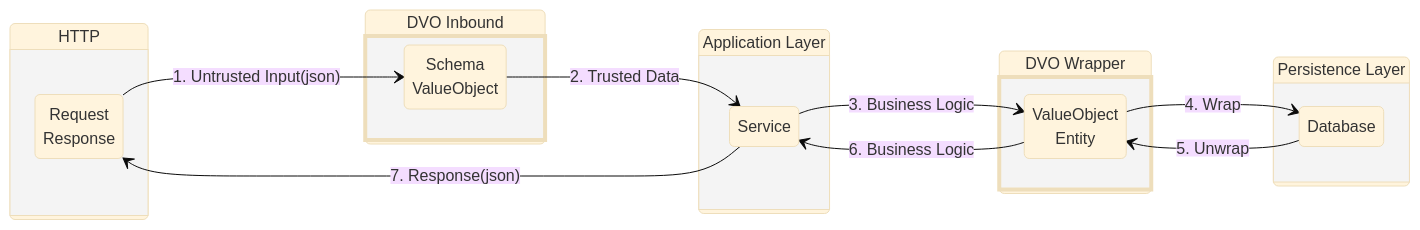
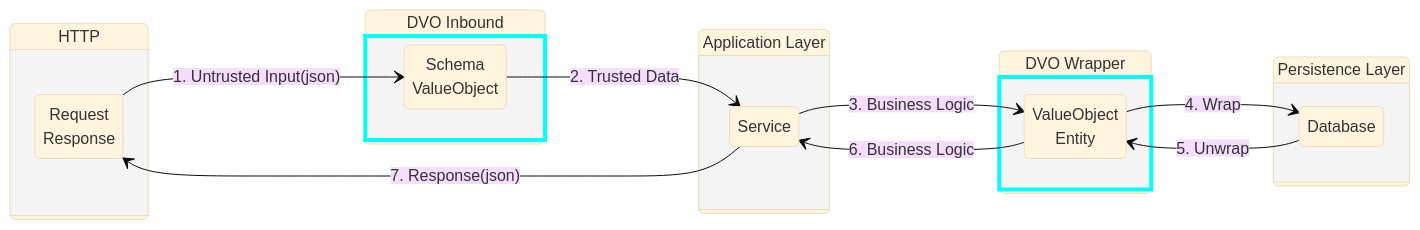
The diagram in README.md (kcmvp/dvo), drawn with Mermaid (base theme) before and after one commit.

Commit message:
adjust document

````diff
--- a/README.md
+++ b/README.md
@@ -37,37 +37,37 @@
 ```mermaid
 stateDiagram-v2
     direction LR
 
     state "HTTP" as ext {
         direction TB
         A: Request<br>Response
     }
 
     state "DVO Inbound" as dvo {
         V: Schema<br>ValueObject
     }
 
     state "Application Layer" as app {
         S: Service
     }
 
     state "Persistence Layer" as per {
         DB: Database
     }
     
     state "DVO Wrapper" as outbound {
         W: ValueObject<br>Entity
     }
 
     A --> V : 1. Untrusted Input(json)
     V --> S : 2. Trusted Data
     S --> W : 3. Business Logic
     W --> DB : 4. Wrap
     DB --> W : 5. Unwrap
     W --> S : 6. Business Logic
     S --> A : 7. Response(json)
 
-    classDef dvoStyle stroke:light-yellow,stroke-width:4px
+    classDef dvoStyle stroke:cyan,stroke-width:4px
     class dvo dvoStyle
     class outbound dvoStyle
 ```
````
